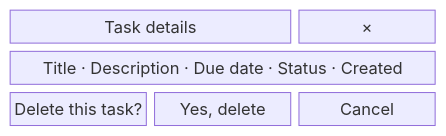
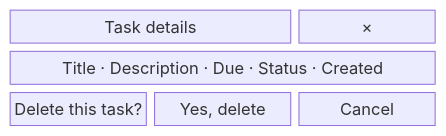
Before and after one commit to charlesmalo/FociToDo: diagram 11 of 13 in docs/ui.md, drawn with Mermaid. The commit also changed other lines of this file and 20 other files, not shown here.

````diff
--- a/docs/ui.md
+++ b/docs/ui.md
@@ -210,7 +211,7 @@
 ```mermaid
 block-beta
   columns 3
   heading["Task details"]:2 close["×"]
-  fields["Title · Description · Due date · Status · Created"]:3
+  fields["Title · Description · Due · Status · Created"]:3
   confirm["Delete this task?"] yes["Yes, delete"] cancel["Cancel"]
 ```
````
